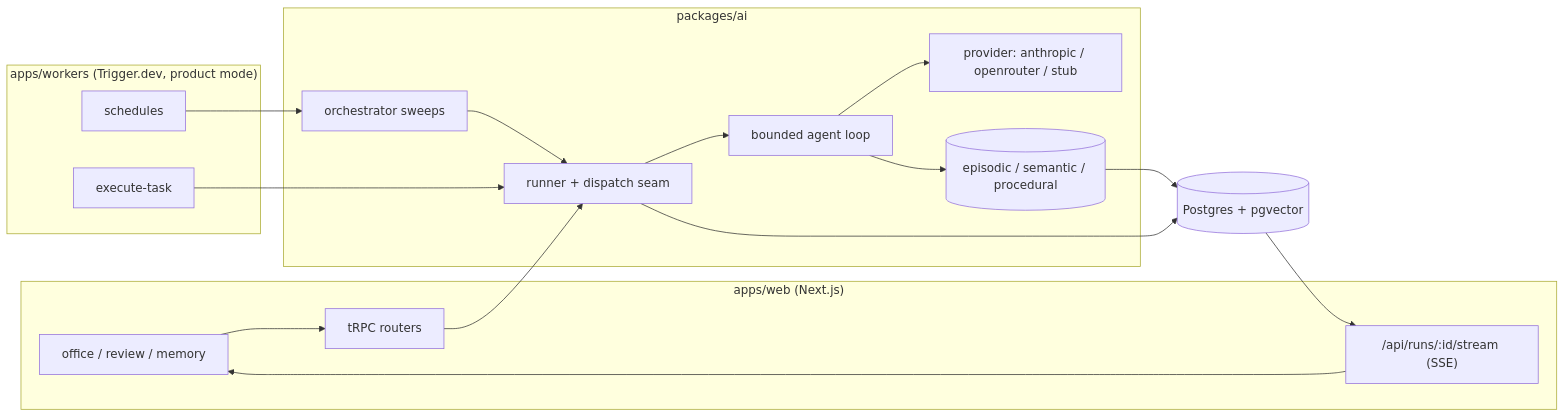
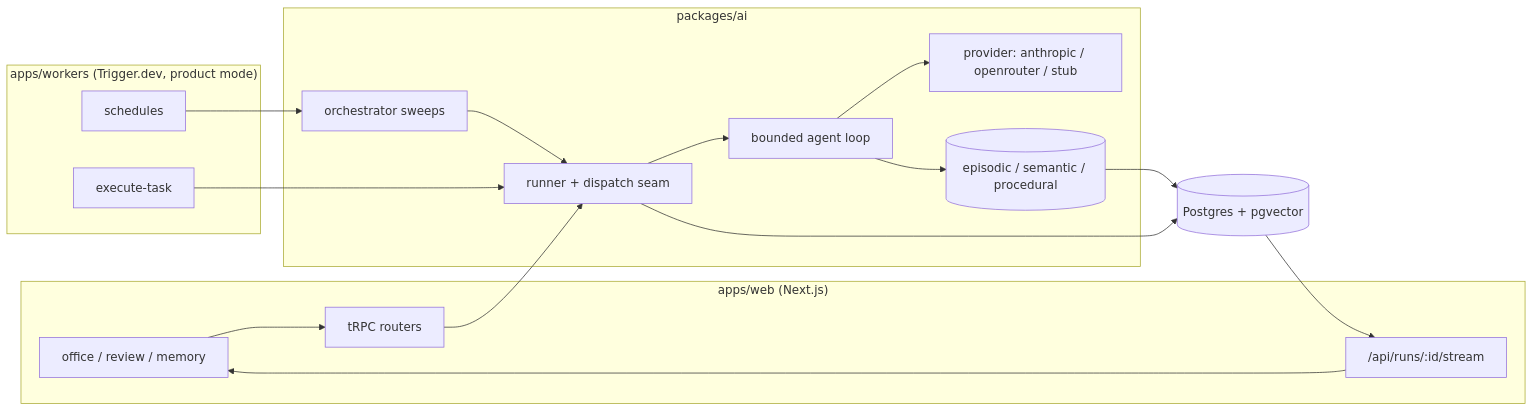
The diagram in README.md (advitrocks9/beast), drawn with Mermaid before and after one commit. The commit also changed other lines of this file, not shown here.

````diff
--- a/README.md
+++ b/README.md
@@ -64,27 +50,27 @@
 ```mermaid
 flowchart LR
   subgraph web["apps/web (Next.js)"]
     UI[office / review / memory]
     TRPC[tRPC routers]
-    SSE["/api/runs/:id/stream (SSE)"]
+    SSE["/api/runs/:id/stream"]
   end
   subgraph ai["packages/ai"]
     RUNNER[runner + dispatch seam]
     AGENT[bounded agent loop]
     PROV[provider: anthropic / openrouter / stub]
     MEM[(episodic / semantic / procedural)]
     ORCH[orchestrator sweeps]
   end
   subgraph workers["apps/workers (Trigger.dev, product mode)"]
     EXEC[execute-task]
     CRON[schedules]
   end
   DB[(Postgres + pgvector)]
 
   UI --> TRPC --> RUNNER
   RUNNER --> AGENT --> PROV
   AGENT --> MEM --> DB
   RUNNER --> DB --> SSE --> UI
   CRON --> ORCH --> RUNNER
   EXEC --> RUNNER
 ```
````
